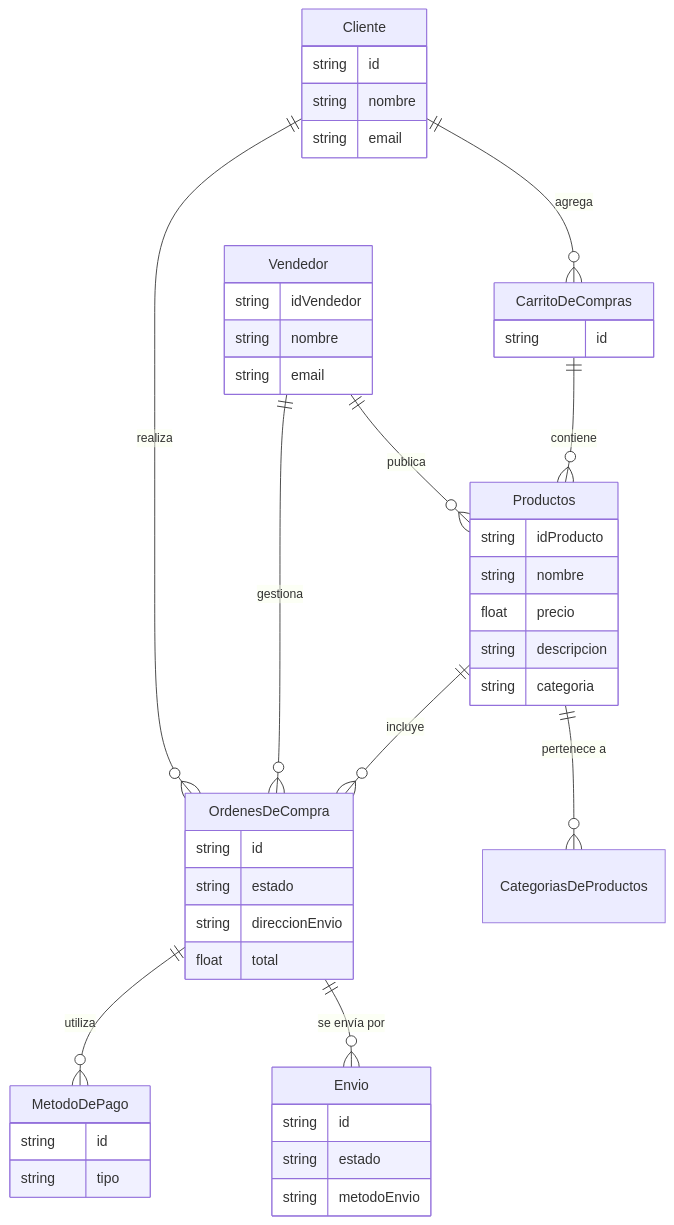
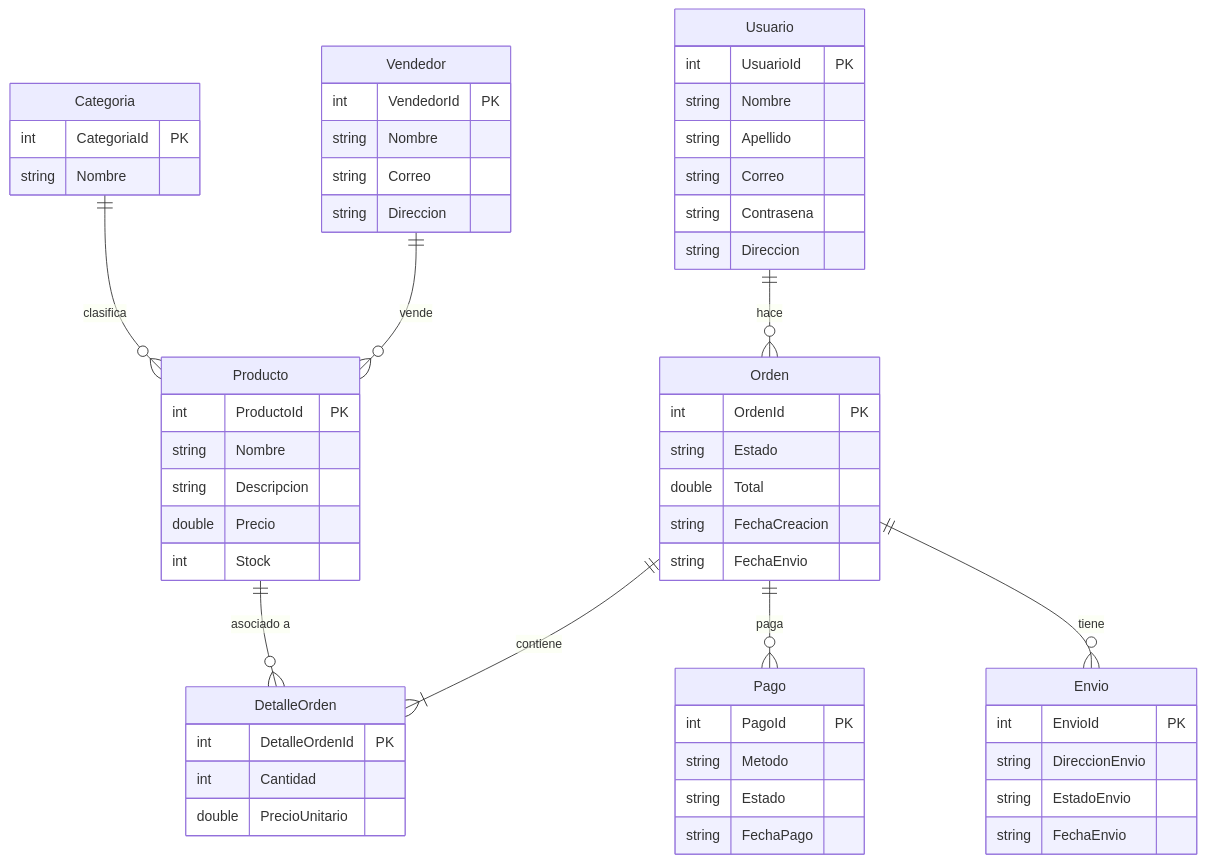
One commit to miguel2433/Olimpiadas changed the diagram in E-Commerce/README.md. Above: the diagram before and after it, drawn with Mermaid. The commit also changed other lines of this file and 1 other file, not shown here.

Commit message:
cARPETA dOC

````diff
--- a/E-Commerce/README.md
+++ b/E-Commerce/README.md
@@ -2,52 +3,68 @@
 ```mermaid
+erDiagram
+    Usuario {
+        int UsuarioId PK
+        string Nombre
+        string Apellido
+        string Correo
+        string Contrasena
+        string Direccion
+    }
 
-erDiagram
-    
-Cliente {
-string id
-string nombre
-string email }
-    
-Vendedor {
-string idVendedor
-string nombre
-string email }
-    
-Productos {
-string idProducto
-string nombre
-float precio
-string descripcion
-string categoria }
+    Producto {
+        int ProductoId PK
+        string Nombre
+        string Descripcion
+        double Precio
+        int Stock
+    }
 
-OrdenesDeCompra {
-string id
-string estado
-string direccionEnvio
-float total }
+    Categoria {
+        int CategoriaId PK
+        string Nombre
+    }
 
-MetodoDePago {
-string id
-string tipo }
+    Vendedor {
+        int VendedorId PK
+        string Nombre
+        string Correo
+        string Direccion
+    }
 
-Envio {
-string id
-string estado
-string metodoEnvio }
+    Orden {
+        int OrdenId PK
+        string Estado
+        double Total
+        string FechaCreacion
+        string FechaEnvio
+    }
 
+    DetalleOrden {
+        int DetalleOrdenId PK
+        int Cantidad
+        double PrecioUnitario
+    }
 
-CarritoDeCompras {
-string id }
+    Pago {
+        int PagoId PK
+        string Metodo
+        string Estado
+        string FechaPago
+    }
 
-Cliente ||--o{ CarritoDeCompras : "agrega"
-Cliente ||--o{ OrdenesDeCompra : "realiza"
-    
-Vendedor ||--o{ Productos : "publica"
-Vendedor ||--o{ OrdenesDeCompra : "gestiona"
+    Envio {
+        int EnvioId PK
+        string DireccionEnvio
+        string EstadoEnvio
+        string FechaEnvio
+    }
 
-Productos ||--o{ OrdenesDeCompra : "incluye"
-OrdenesDeCompra ||--o{ MetodoDePago : "utiliza"
-OrdenesDeCompra ||--o{ Envio : "se envía por"
-CarritoDeCompras ||--o{ Productos : "contiene"
-Productos ||--o{ CategoriasDeProductos : "pertenece a"
+    Usuario ||--o{ Orden : "hace"
+    Orden ||--|{ DetalleOrden : "contiene"
+    Producto ||--o{ DetalleOrden : "asociado a"
+    Categoria ||--o{ Producto : "clasifica"
+    Vendedor ||--o{ Producto : "vende"
+    Orden ||--o{ Pago : "paga"
+    Orden ||--o{ Envio : "tiene"
+
 ```
````
